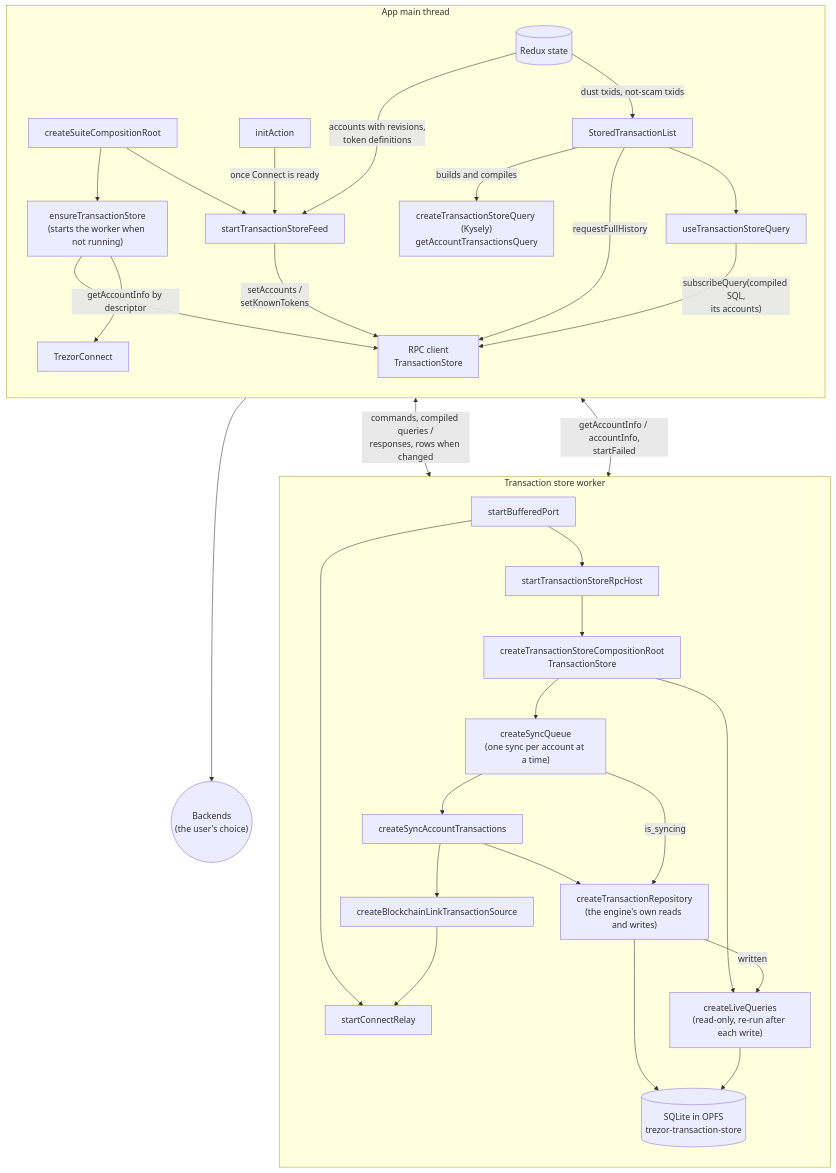
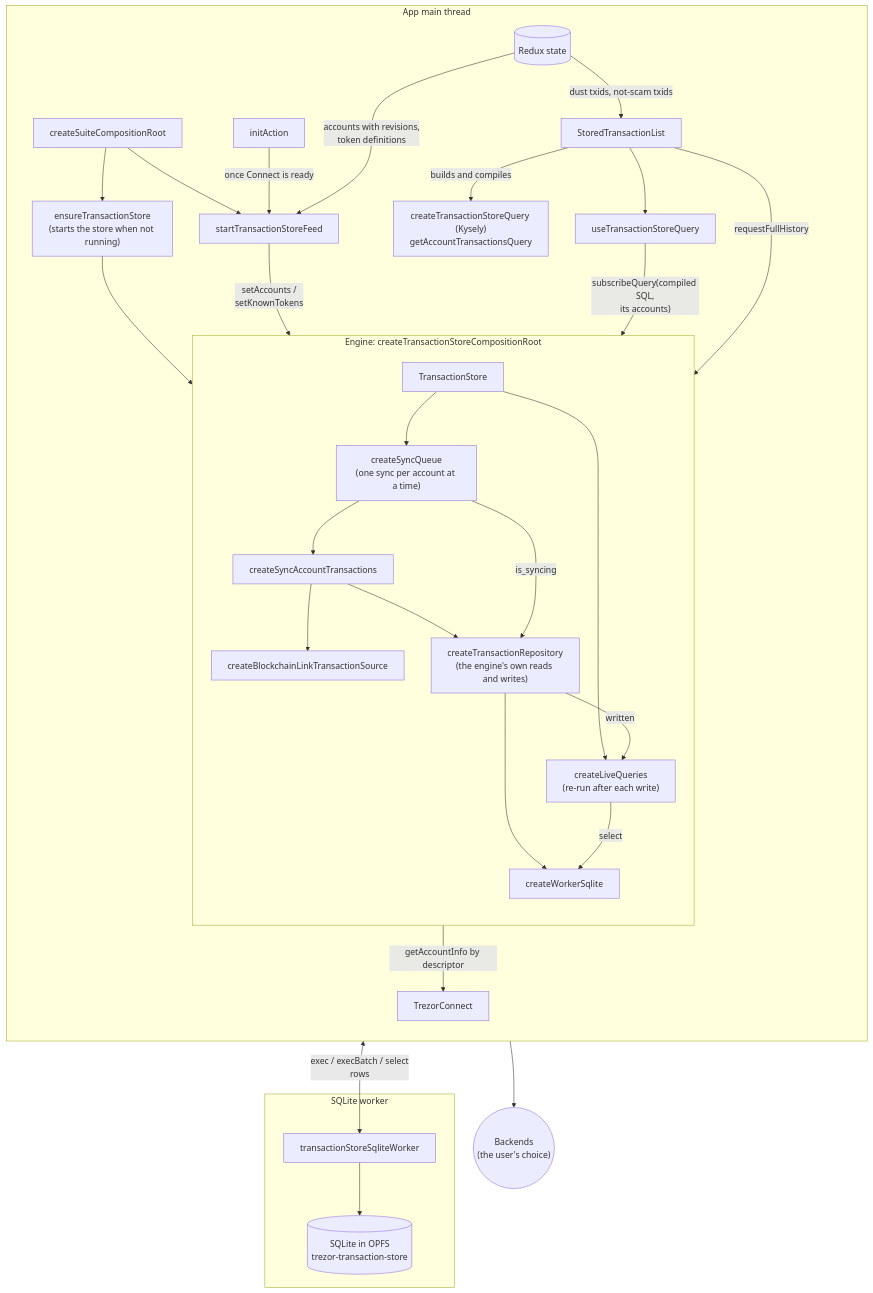
One commit to trezor/trezor-suite changed the first of 3 diagrams in suite-common/transaction-store/README.md. Above: the diagram before and after it, drawn with Mermaid. The commit also changed other lines of this file, not shown here.

Commit message:
docs(transaction-store): describe the engine in the app with SQLite in a worker

````diff
--- a/suite-common/transaction-store/README.md
+++ b/suite-common/transaction-store/README.md
@@ -28,61 +32,59 @@
 ```mermaid
 flowchart TB
     subgraph main["App main thread"]
         direction TB
         redux[("Redux state")]
         root["createSuiteCompositionRoot"]
         init["initAction"]
         feed["startTransactionStoreFeed"]
-        service["ensureTransactionStore<br/>(starts the worker when not running)"]
-        client["RPC client<br/>TransactionStore"]
+        service["ensureTransactionStore<br/>(starts the store when not running)"]
         list["StoredTransactionList"]
         live["useTransactionStoreQuery"]
         kysely["createTransactionStoreQuery (Kysely)<br/>getAccountTransactionsQuery"]
         connect["TrezorConnect"]
 
+        subgraph engine["Engine: createTransactionStoreCompositionRoot"]
+            direction TB
+            store["TransactionStore"]
+            liveQueries["createLiveQueries<br/>(re-run after each write)"]
+            queue["createSyncQueue<br/>(one sync per account at a time)"]
+            sync["createSyncAccountTransactions"]
+            repo["createTransactionRepository<br/>(the engine's own reads and writes)"]
+            source["createBlockchainLinkTransactionSource"]
+            sqliteClient["createWorkerSqlite"]
+
+            store --> queue --> sync
+            store --> liveQueries
+            sync --> source
+            sync --> repo
+            queue -- "is_syncing" --> repo
+            repo -- "written" --> liveQueries
+            repo --> sqliteClient
+            liveQueries -- "select" --> sqliteClient
+        end
+
         root --> service
         root --> feed
         init -- "once Connect is ready" --> feed
         redux -- "accounts with revisions,<br/>token definitions" --> feed
-        feed -- "setAccounts /<br/>setKnownTokens" --> client
-        service --> client
+        feed -- "setAccounts /<br/>setKnownTokens" --> store
+        service --> store
         redux -- "dust txids, not-scam txids" --> list
         list -- "builds and compiles" --> kysely
-        list -- "requestFullHistory" --> client
+        list -- "requestFullHistory" --> store
         list --> live
-        live -- "subscribeQuery(compiled SQL,<br/>its accounts)" --> client
-        service -- "getAccountInfo by descriptor" --> connect
+        live -- "subscribeQuery(compiled SQL,<br/>its accounts)" --> store
+        source -- "getAccountInfo by descriptor" --> connect
     end
 
-    subgraph worker["Transaction store worker"]
-        direction TB
-        port["startBufferedPort"]
-        host["startTransactionStoreRpcHost"]
-        relay["startConnectRelay"]
-        engine["createTransactionStoreCompositionRoot<br/>TransactionStore"]
-        liveQueries["createLiveQueries<br/>(read-only, re-run after each write)"]
-        queue["createSyncQueue<br/>(one sync per account at a time)"]
-        sync["createSyncAccountTransactions"]
-        repo["createTransactionRepository<br/>(the engine's own reads and writes)"]
-        source["createBlockchainLinkTransactionSource"]
+    subgraph worker["SQLite worker"]
+        sqliteWorker["transactionStoreSqliteWorker"]
         sqlite[("SQLite in OPFS<br/>trezor-transaction-store")]
-
-        port --> host --> engine
-        port --> relay
-        engine --> queue --> sync
-        engine --> liveQueries
-        sync --> source
-        sync --> repo
-        queue -- "is_syncing" --> repo
-        repo -- "written" --> liveQueries
-        repo --> sqlite
-        liveQueries --> sqlite
-        source --> relay
+        sqliteWorker --> sqlite
     end
 
     backends(("Backends<br/>(the user's choice)"))
 
-    client <-->|"commands, compiled queries /<br/>responses, rows when changed"| port
-    service <-->|"getAccountInfo / accountInfo,<br/>startFailed"| port
+    sqliteClient <-->|"exec / execBatch / select<br/>rows"| sqliteWorker
     connect --> backends
 ```
````
